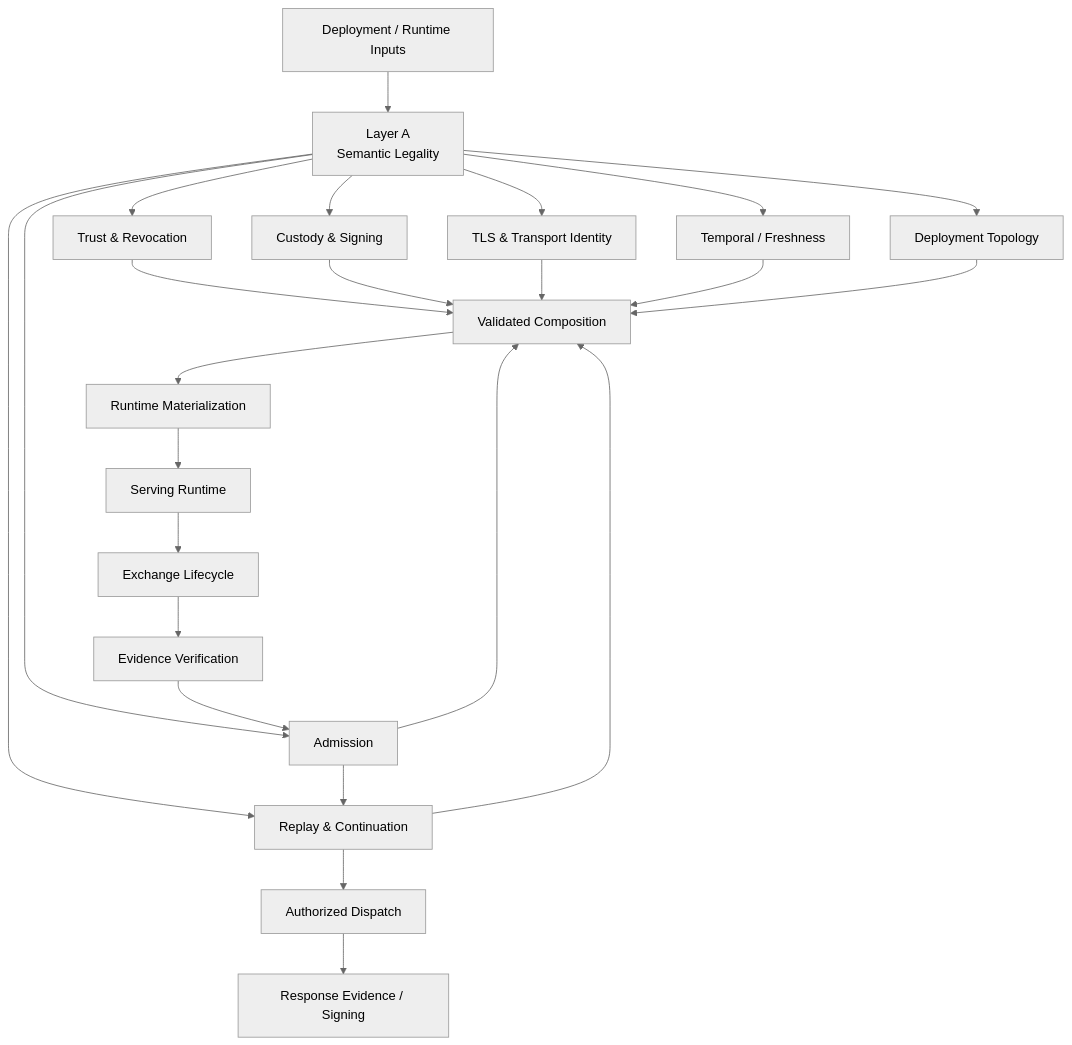
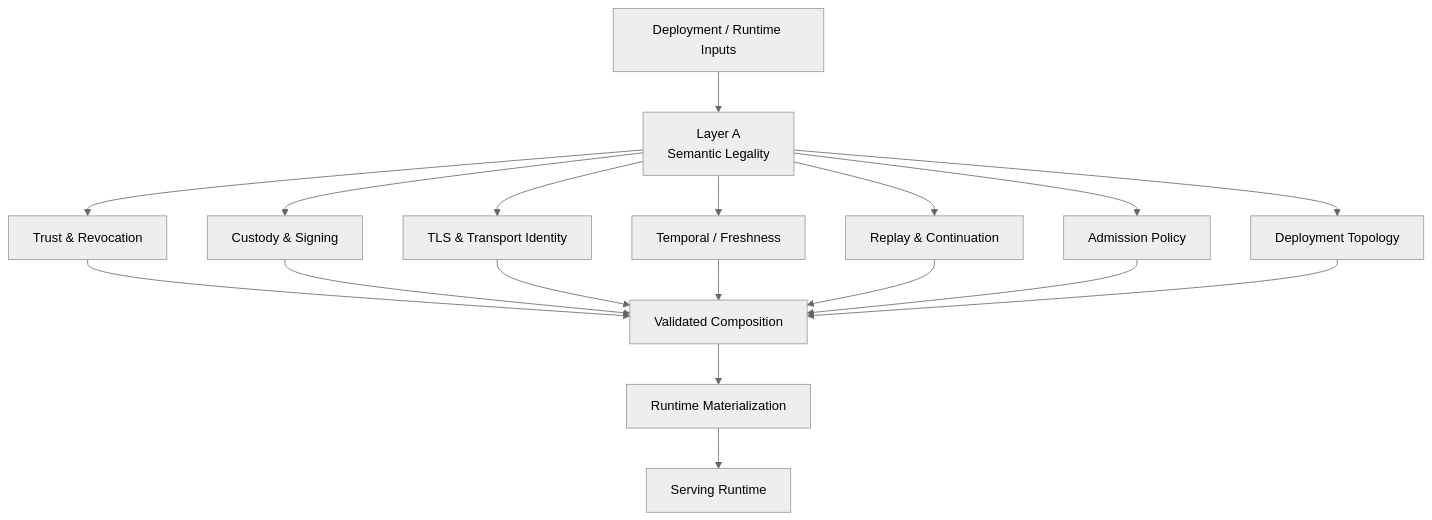
One commit to matssun/mcp-re changed the first of 5 diagrams in docs/adr/drafts/ADR-MCPRE-061-hierarchical-authority-architecture.md. Above: the diagram before and after it, drawn with Mermaid (neutral theme). The commit also changed other lines of this file and 10 other files, not shown here.

````diff
--- a/docs/adr/drafts/ADR-MCPRE-061-hierarchical-authority-architecture.md
+++ b/docs/adr/drafts/ADR-MCPRE-061-hierarchical-authority-architecture.md
@@ -41,48 +65,38 @@
 ```mermaid
 flowchart TD
     INPUT[Deployment / Runtime Inputs]
     LAYERA[Layer A\nSemantic Legality]
 
     TRUST[Trust & Revocation]
     CUSTODY[Custody & Signing]
     TLS[TLS & Transport Identity]
     TIME[Temporal / Freshness]
     REPLAY[Replay & Continuation]
-    ADMISSION[Admission]
+    ADMISSION[Admission Policy]
     TOPO[Deployment Topology]
 
     COMPOSE[Validated Composition]
     MATERIALIZE[Runtime Materialization]
     SERVE[Serving Runtime]
-    EXCHANGE[Exchange Lifecycle]
-    VERIFY[Evidence Verification]
-    DISPATCH[Authorized Dispatch]
-    RESPONSE[Response Evidence / Signing]
 
     INPUT --> LAYERA
 
     LAYERA --> TRUST
     LAYERA --> CUSTODY
     LAYERA --> TLS
     LAYERA --> TIME
     LAYERA --> REPLAY
     LAYERA --> ADMISSION
     LAYERA --> TOPO
 
     TRUST --> COMPOSE
     CUSTODY --> COMPOSE
     TLS --> COMPOSE
     TIME --> COMPOSE
     REPLAY --> COMPOSE
     ADMISSION --> COMPOSE
     TOPO --> COMPOSE
 
     COMPOSE --> MATERIALIZE
     MATERIALIZE --> SERVE
-    SERVE --> EXCHANGE
-    EXCHANGE --> VERIFY
-    VERIFY --> ADMISSION
-    ADMISSION --> REPLAY
-    REPLAY --> DISPATCH
-    DISPATCH --> RESPONSE
 ```
````
